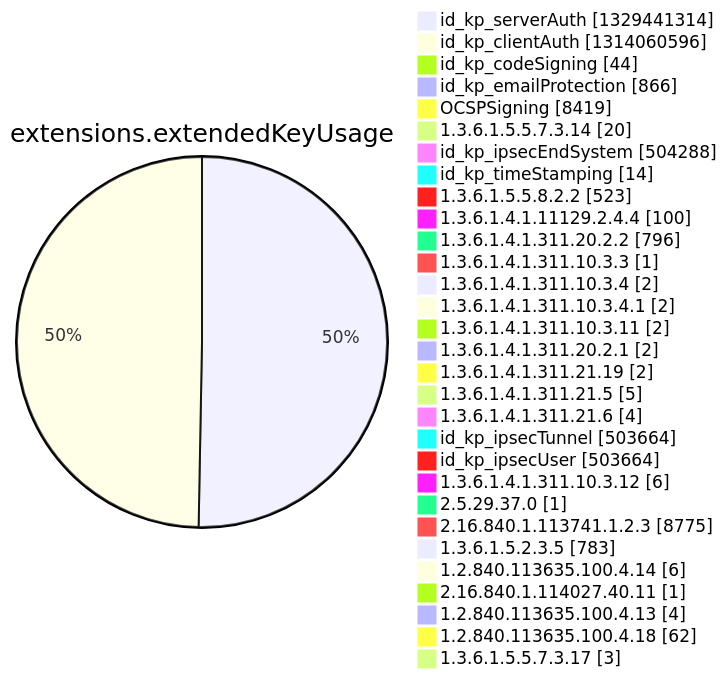
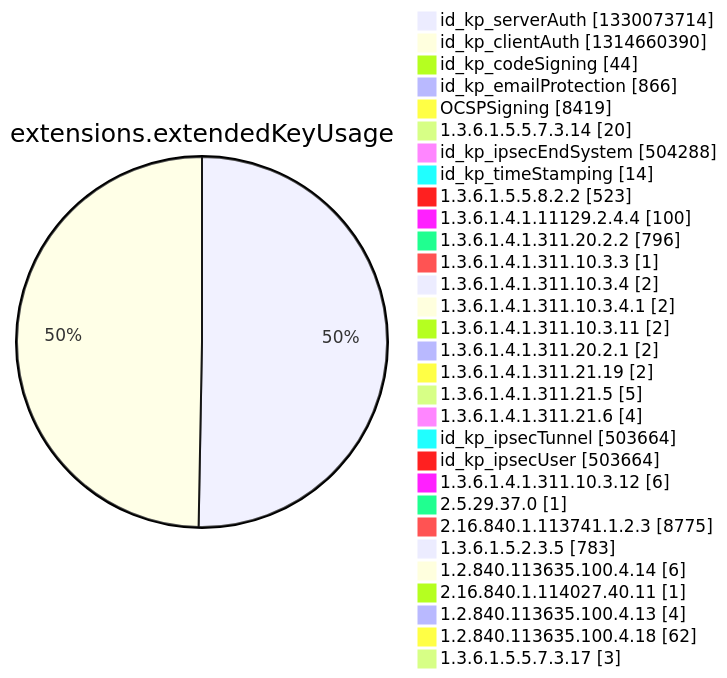
Diagram 12 of 15 in argon2022/README.md (christiankrug/ctmonitor_visualization), drawn with Mermaid before and after one commit. The commit also changed other lines of this file, not shown here.

````diff
--- a/argon2022/README.md
+++ b/argon2022/README.md
@@ -3553,34 +3553,34 @@
 ```mermaid
 pie showData
 title extensions.extendedKeyUsage
-"id_kp_serverAuth" :1329441314
-"id_kp_clientAuth" :1314060596
+"id_kp_serverAuth" :1330073714
+"id_kp_clientAuth" :1314660390
 "id_kp_codeSigning" :44
 "id_kp_emailProtection" :866
 "OCSPSigning" :8419
 "1.3.6.1.5.5.7.3.14" :20
 "id_kp_ipsecEndSystem" :504288
 "id_kp_timeStamping" :14
 "1.3.6.1.5.5.8.2.2" :523
 "1.3.6.1.4.1.11129.2.4.4" :100
 "1.3.6.1.4.1.311.20.2.2" :796
 "1.3.6.1.4.1.311.10.3.3" :1
 "1.3.6.1.4.1.311.10.3.4" :2
 "1.3.6.1.4.1.311.10.3.4.1" :2
 "1.3.6.1.4.1.311.10.3.11" :2
 "1.3.6.1.4.1.311.20.2.1" :2
 "1.3.6.1.4.1.311.21.19" :2
 "1.3.6.1.4.1.311.21.5" :5
 "1.3.6.1.4.1.311.21.6" :4
 "id_kp_ipsecTunnel" :503664
 "id_kp_ipsecUser" :503664
 "1.3.6.1.4.1.311.10.3.12" :6
 "2.5.29.37.0" :1
 "2.16.840.1.113741.1.2.3" :8775
 "1.3.6.1.5.2.3.5" :783
 "1.2.840.113635.100.4.14" :6
 "2.16.840.1.114027.40.11" :1
 "1.2.840.113635.100.4.13" :4
 "1.2.840.113635.100.4.18" :62
 "1.3.6.1.5.5.7.3.17" :3
 ```
````
